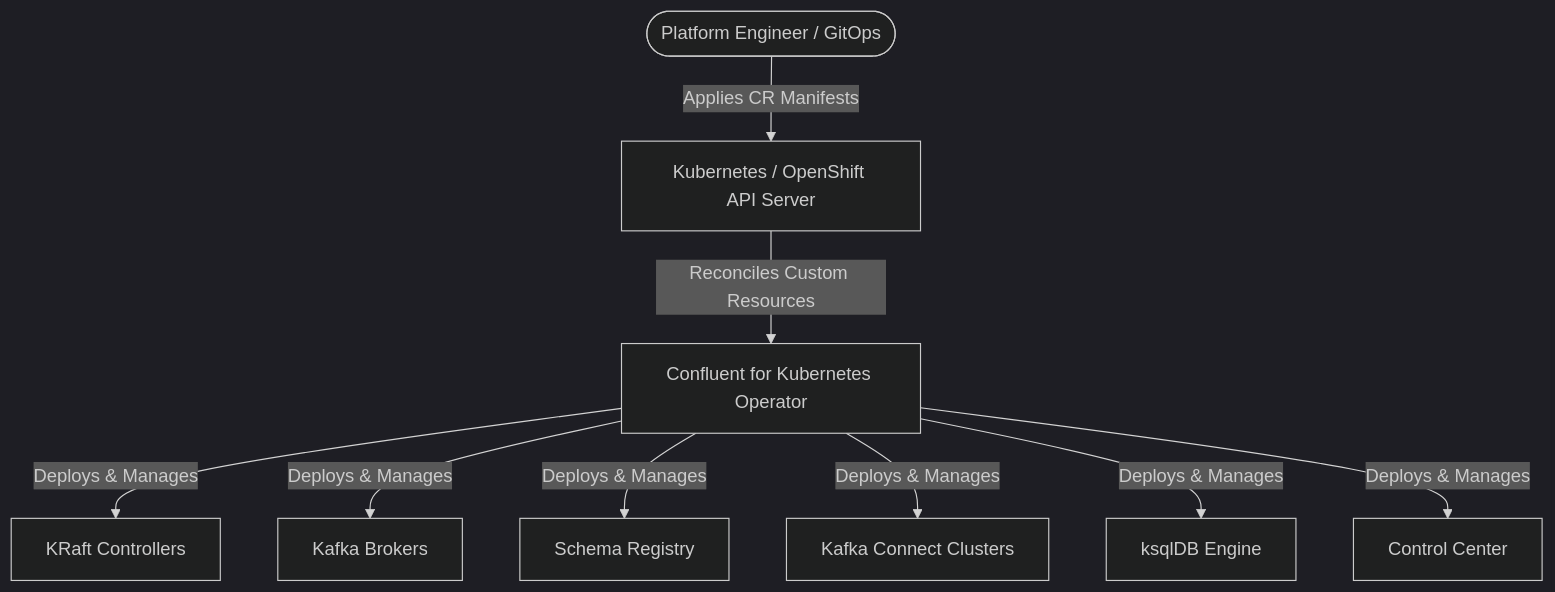
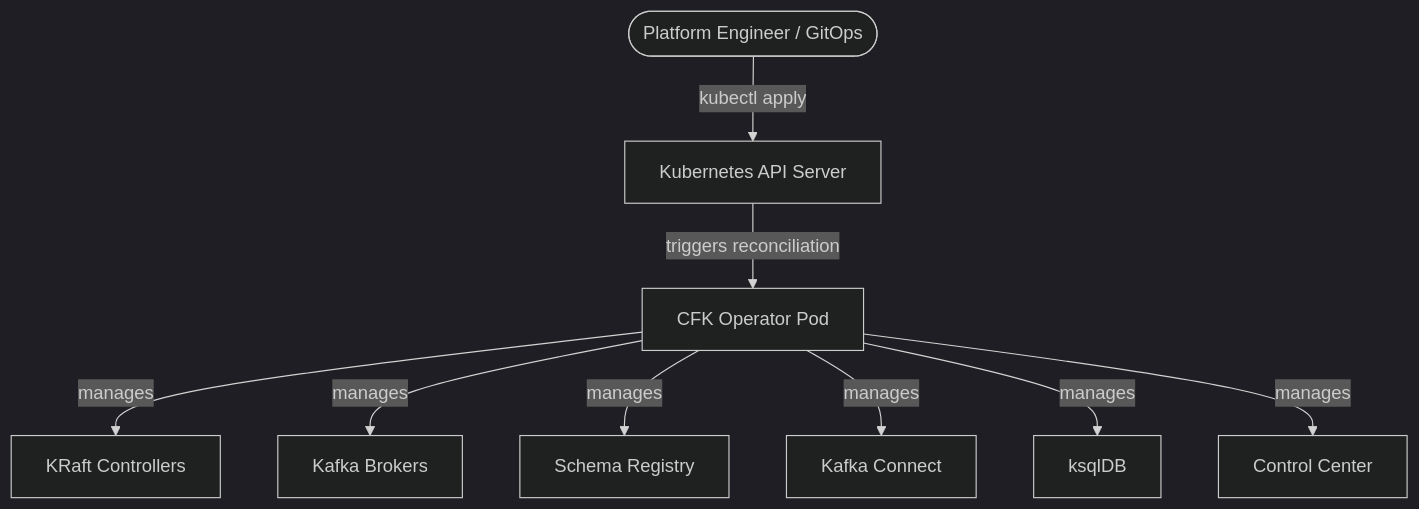
Before and after one commit to wshamim1/confluent-lab: the first of 2 diagrams in tutorials/04-cfk-kubernetes.md, drawn with Mermaid (dark theme). The commit also changed other lines of this file, not shown here.

````diff
--- a/tutorials/04-cfk-kubernetes.md
+++ b/tutorials/04-cfk-kubernetes.md
@@ -18,12 +18,11 @@
 ```mermaid
 graph TD
-    User([Platform Engineer / GitOps]) -->|Applies CR Manifests| K8sAPI[Kubernetes / OpenShift API Server]
-    K8sAPI -->|Reconciles Custom Resources| Operator[Confluent for Kubernetes Operator]
-    
-    Operator -->|Deploys & Manages| KRaft[KRaft Controllers]
-    Operator -->|Deploys & Manages| Kafka[Kafka Brokers]
-    Operator -->|Deploys & Manages| SR[Schema Registry]
-    Operator -->|Deploys & Manages| Connect[Kafka Connect Clusters]
-    Operator -->|Deploys & Manages| KSQL[ksqlDB Engine]
-    Operator -->|Deploys & Manages| C3[Control Center]
+    Engineer([Platform Engineer / GitOps]) -->|kubectl apply| API[Kubernetes API Server]
+    API -->|triggers reconciliation| Operator[CFK Operator Pod]
+    Operator -->|manages| KRaft[KRaft Controllers]
+    Operator -->|manages| Kafka[Kafka Brokers]
+    Operator -->|manages| SR[Schema Registry]
+    Operator -->|manages| Connect[Kafka Connect]
+    Operator -->|manages| KSQL[ksqlDB]
+    Operator -->|manages| C3[Control Center]
 ```
````
